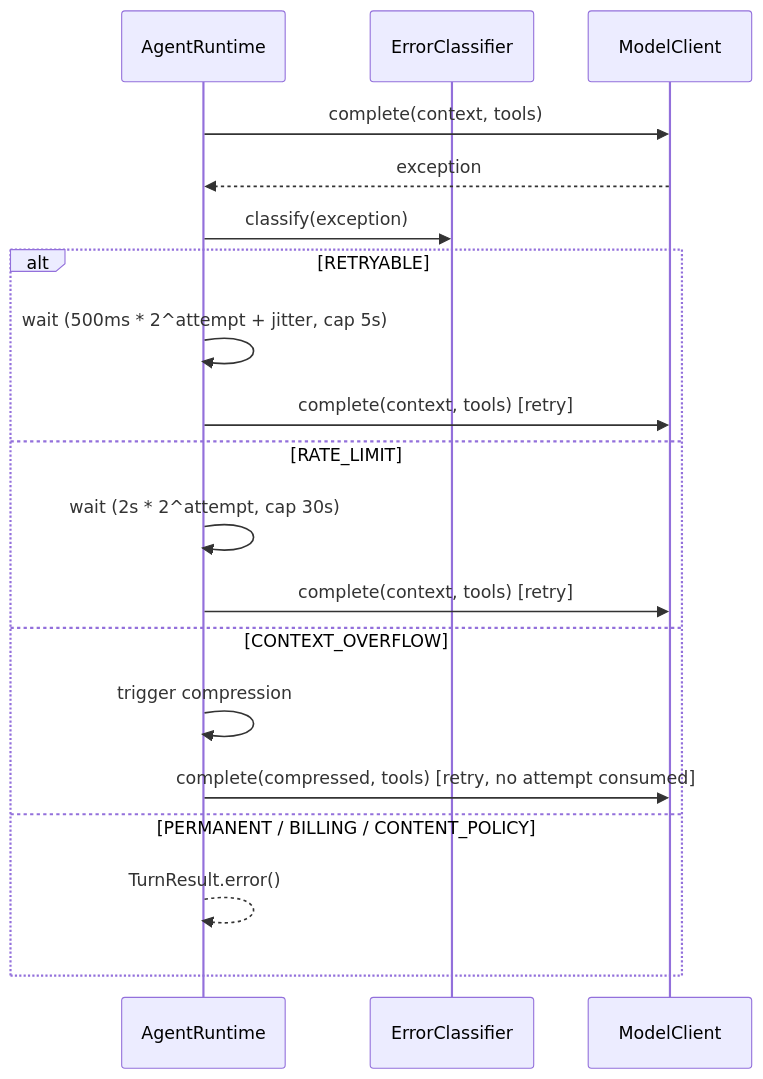
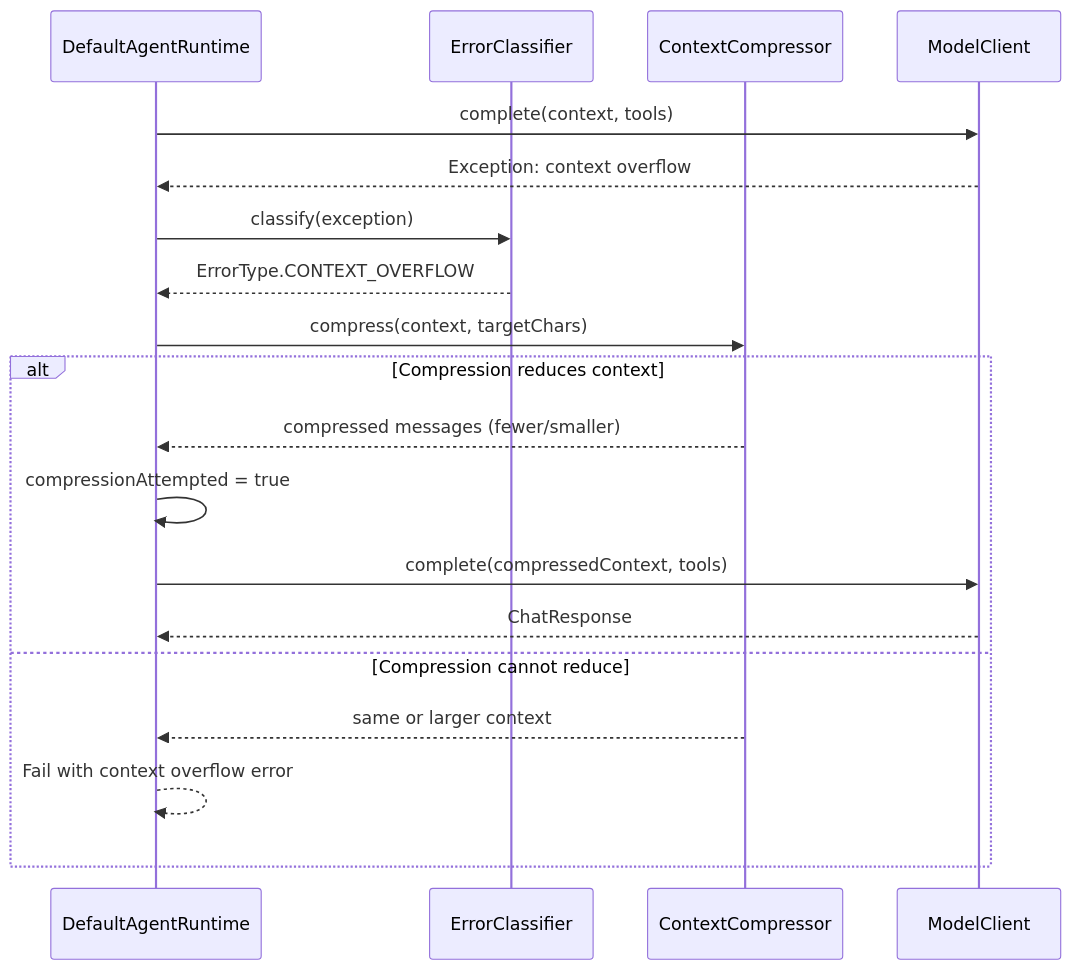
One commit to FerrPOINT/java-agent changed the fourth of 9 diagrams in docs/architecture/sequence-diagrams.md. Above: the diagram before and after it, drawn with Mermaid. The commit also changed other lines of this file and 13 other files, not shown here.

First line of the commit message:
feat: architecture documentation + Docker prod compose + enhanced E2E smoke

````diff
--- a/docs/architecture/sequence-diagrams.md
+++ b/docs/architecture/sequence-diagrams.md
@@ -92,22 +156,25 @@
 ```mermaid
 sequenceDiagram
-    participant Runtime as AgentRuntime
-    participant Classifier as ErrorClassifier
-    participant Model as ModelClient
+    participant DAR as DefaultAgentRuntime
+    participant EC as ErrorClassifier
+    participant CC as ContextCompressor
+    participant MC as ModelClient
 
-    Runtime->>Model: complete(context, tools)
-    Model-->>Runtime: exception
-    Runtime->>Classifier: classify(exception)
-    alt RETRYABLE
-        Runtime->>Runtime: wait (500ms * 2^attempt + jitter, cap 5s)
-        Runtime->>Model: complete(context, tools) [retry]
-    else RATE_LIMIT
-        Runtime->>Runtime: wait (2s * 2^attempt, cap 30s)
-        Runtime->>Model: complete(context, tools) [retry]
-    else CONTEXT_OVERFLOW
-        Runtime->>Runtime: trigger compression
-        Runtime->>Model: complete(compressed, tools) [retry, no attempt consumed]
-    else PERMANENT / BILLING / CONTENT_POLICY
-        Runtime-->>Runtime: TurnResult.error()
+    DAR->>MC: complete(context, tools)
+    MC-->>DAR: Exception: context overflow
+
+    DAR->>EC: classify(exception)
+    EC-->>DAR: ErrorType.CONTEXT_OVERFLOW
+
+    DAR->>CC: compress(context, targetChars)
+
+    alt Compression reduces context
+        CC-->>DAR: compressed messages (fewer/smaller)
+        DAR->>DAR: compressionAttempted = true
+        DAR->>MC: complete(compressedContext, tools)
+        MC-->>DAR: ChatResponse
+    else Compression cannot reduce
+        CC-->>DAR: same or larger context
+        DAR-->>DAR: Fail with context overflow error
     end
 ```
````
